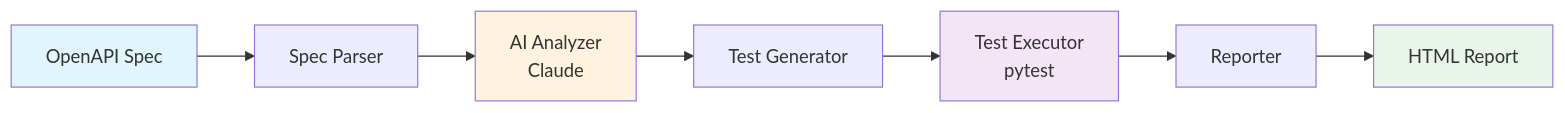
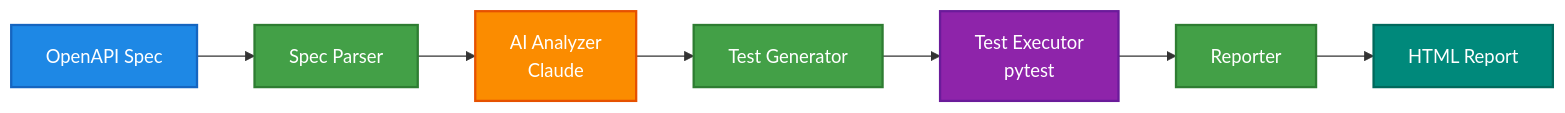
Before and after one commit to anuksandhu/api-quality-ai: the diagram in README.md, drawn with Mermaid. The commit also changed other lines of this file, not shown here.

Commit message:
Fix legibility in diagrams

````diff
--- a/README.md
+++ b/README.md
@@ -177,14 +177,17 @@
 ```mermaid
 flowchart LR
     A[OpenAPI Spec] --> B[Spec Parser]
     B --> C[AI Analyzer<br/>Claude]
     C --> D[Test Generator]
     D --> E[Test Executor<br/>pytest]
     E --> F[Reporter]
     F --> G[HTML Report]
     
-    style A fill:#e1f5ff
-    style C fill:#fff3e0
-    style E fill:#f3e5f5
-    style G fill:#e8f5e9
+    style A fill:#1e88e5,stroke:#1565c0,stroke-width:2px,color:#ffffff
+    style B fill:#43a047,stroke:#2e7d32,stroke-width:2px,color:#ffffff
+    style C fill:#fb8c00,stroke:#e65100,stroke-width:2px,color:#ffffff
+    style D fill:#43a047,stroke:#2e7d32,stroke-width:2px,color:#ffffff
+    style E fill:#8e24aa,stroke:#6a1b9a,stroke-width:2px,color:#ffffff
+    style F fill:#43a047,stroke:#2e7d32,stroke-width:2px,color:#ffffff
+    style G fill:#00897b,stroke:#00695c,stroke-width:2px,color:#ffffff
 ```
````
